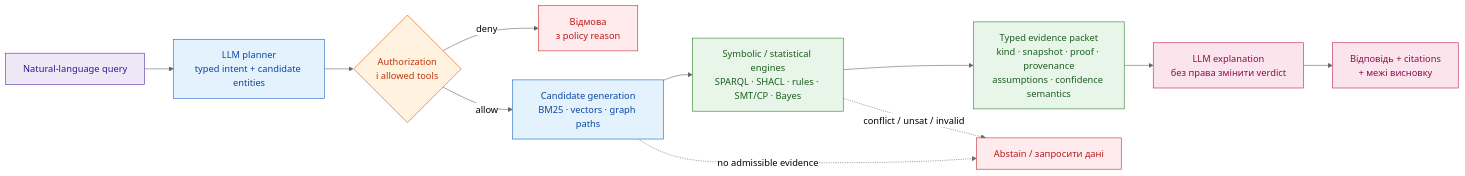
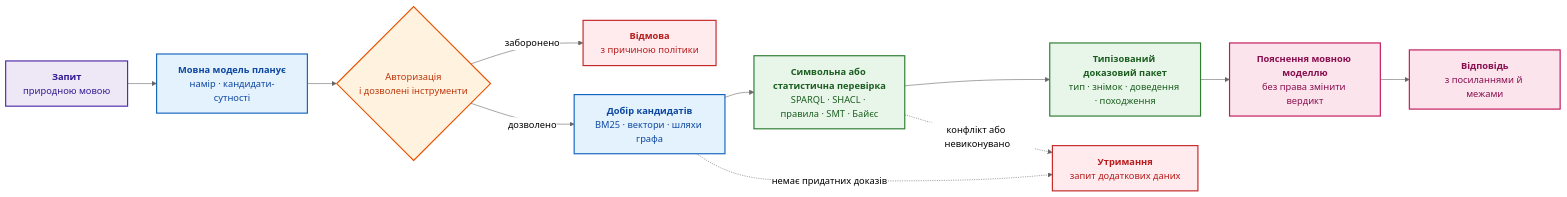
One commit to nick-fedchik/articles changed the fourth of 5 diagrams in ExpertSystem/ch07-knowledge-base-typology.md. Above: the diagram before and after it, drawn with Mermaid (neutral theme). The commit also changed other lines of this file, not shown here.

````diff
--- a/ExpertSystem/ch07-knowledge-base-typology.md
+++ b/ExpertSystem/ch07-knowledge-base-typology.md
@@ -833,30 +617,30 @@
 ```mermaid
 flowchart LR
-    accTitle: Гібридна нейро-символьна архітектура запиту
-    accDescr: Обробка природномовного запиту через планування LLM, перевірку політик, генерацію кандидатів, символьну верифікацію та пояснення.
+    accTitle: Гібридна нейро-символьна обробка запиту
+    accDescr: Запит природною мовою проходить планування мовною моделлю, перевірку повноважень, добір кандидатів, символьну або статистичну перевірку, формування типізованого доказового пакета й пояснення без права змінити вердикт.
 
-    Q["Natural-language query"] --> Plan["LLM planner<br/>typed intent + candidate entities"]
-    Plan --> Policy{"Authorization<br/>і allowed tools"}
-    Policy -->|"deny"| Refuse["Відмова<br/>з policy reason"]
-    Policy -->|"allow"| Retrieve["Candidate generation<br/>BM25 · vectors · graph paths"]
-    Retrieve --> Verify["Symbolic / statistical engines<br/>SPARQL · SHACL · rules · SMT/CP · Bayes"]
-    Verify --> Packet["Typed evidence packet<br/>kind · snapshot · proof · provenance<br/>assumptions · confidence semantics"]
-    Packet --> Compose["LLM explanation<br/>без права змінити verdict"]
-    Compose --> Answer["Відповідь + citations<br/>+ межі висновку"]
-    Retrieve -.->|"no admissible evidence"| Abstain["Abstain / запросити дані"]
-    Verify -.->|"conflict / unsat / invalid"| Abstain
+    Q["<b>Запит</b><br/>природною мовою"] --> Plan["<b>Мовна модель планує</b><br/>намір · кандидати-сутності"]
+    Plan --> Policy{"Авторизація<br/>і дозволені інструменти"}
+    Policy -->|"заборонено"| Refuse["<b>Відмова</b><br/>з причиною політики"]
+    Policy -->|"дозволено"| Retrieve["<b>Добір кандидатів</b><br/>BM25 · вектори · шляхи графа"]
+    Retrieve --> Verify["<b>Символьна або статистична перевірка</b><br/>SPARQL · SHACL · правила · SMT · Байєс"]
+    Verify --> Packet["<b>Типізований доказовий пакет</b><br/>тип · знімок · доведення · походження"]
+    Packet --> Compose["<b>Пояснення мовною моделлю</b><br/>без права змінити вердикт"]
+    Compose --> Answer["<b>Відповідь</b><br/>з посиланнями й межами"]
+    Retrieve -.->|"немає придатних доказів"| Abstain["<b>Утримання</b><br/>запит додаткових даних"]
+    Verify -.->|"конфлікт або невиконувано"| Abstain
 
-    classDef query fill:#ede7f6,stroke:#512da8,color:#311b92;
-    classDef plan fill:#e3f2fd,stroke:#1565c0,color:#0d47a1;
-    classDef policy fill:#fff3e0,stroke:#e65100,color:#bf360c;
-    classDef refuse fill:#ffebee,stroke:#c62828,color:#b71c1c;
-    classDef verify fill:#e8f5e9,stroke:#2e7d32,color:#1b5e20;
-    classDef out fill:#fce4ec,stroke:#c2185b,color:#880e4f;
+    classDef query fill:#ede7f6,stroke:#512da8,stroke-width:2px,color:#311b92;
+    classDef plan fill:#e3f2fd,stroke:#1565c0,stroke-width:2px,color:#0d47a1;
+    classDef policy fill:#fff3e0,stroke:#e65100,stroke-width:2px,color:#bf360c;
+    classDef refuse fill:#ffebee,stroke:#c62828,stroke-width:2px,color:#b71c1c;
+    classDef verify fill:#e8f5e9,stroke:#2e7d32,stroke-width:2px,color:#1b5e20;
+    classDef out fill:#fce4ec,stroke:#c2185b,stroke-width:2px,color:#880e4f;
 
     class Q query;
     class Plan,Retrieve plan;
     class Policy policy;
     class Refuse,Abstain refuse;
     class Verify,Packet verify;
     class Compose,Answer out;
 ```
````
